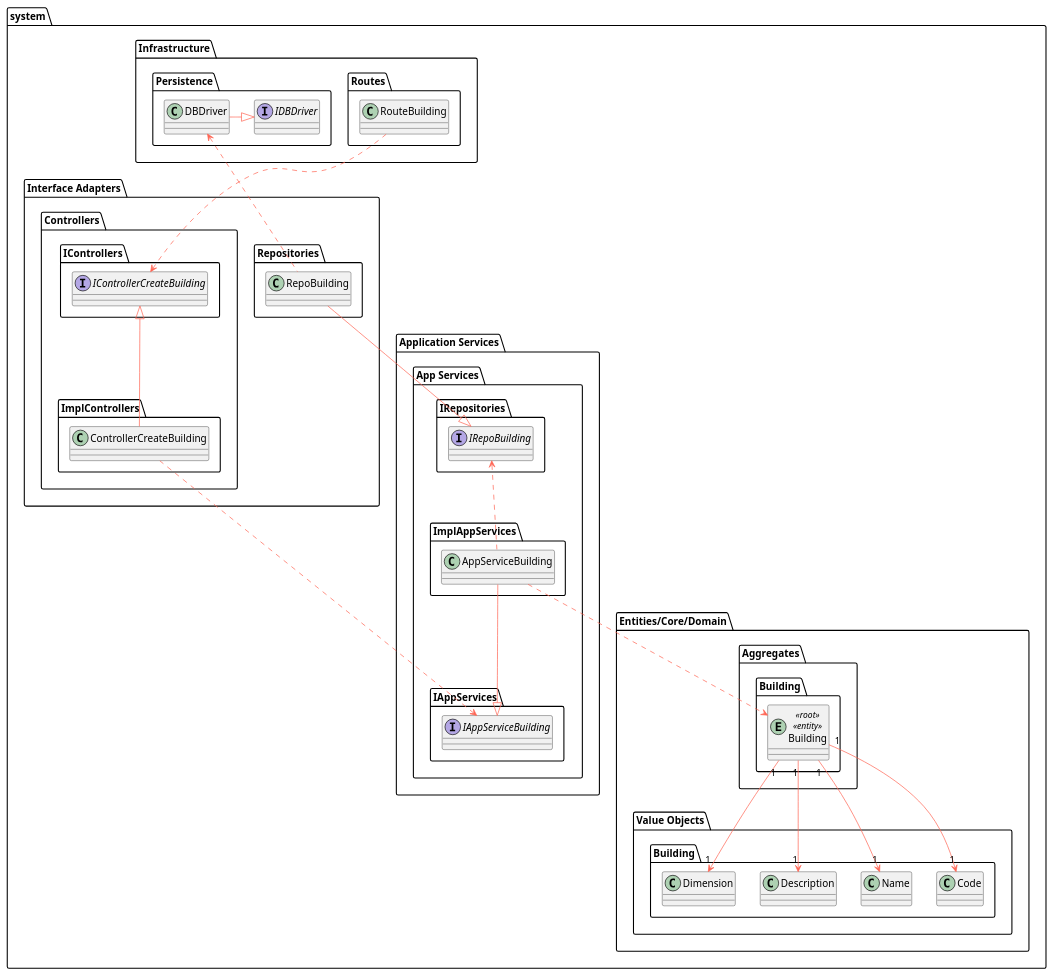
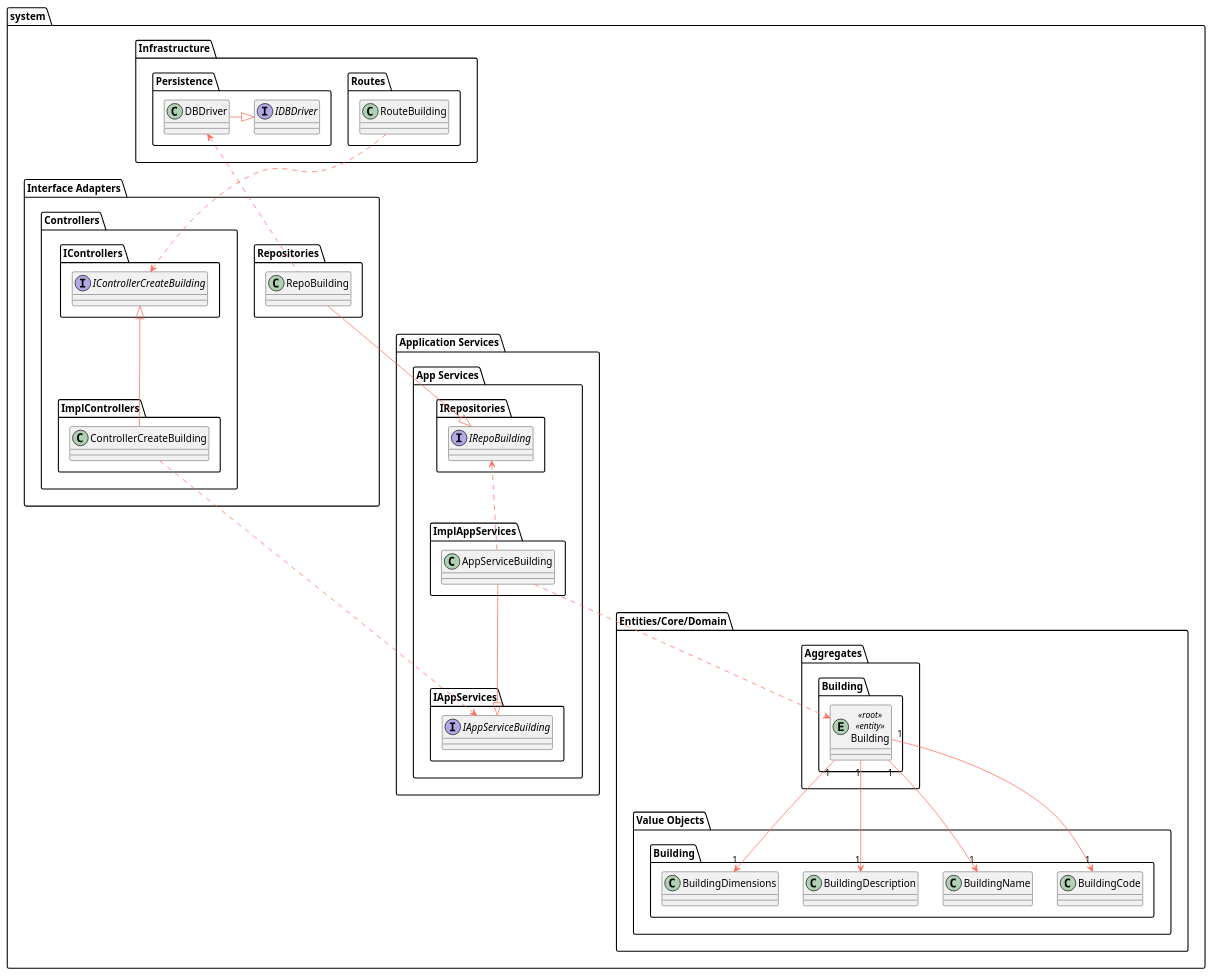
Before and after one commit to Departamento-de-Engenharia-Informatica/lapr5-23-24-g19: the diagram in docs/us150/level3/class-diagram.puml, drawn with PlantUML.

Commit message:
docs(us150): lvl3 updated class diagram, value objects name

```diff
--- a/docs/us150/level3/class-diagram.puml
+++ b/docs/us150/level3/class-diagram.puml
@@ -1,111 +1,111 @@
 @startuml
 
 skinparam component {
     FontSize 16
     BackgroundColor<<Apache>> LightCoral
     BorderColor<<Apache>> #FF6655
     FontName Courier
     BorderColor black
     BackgroundColor DeepSkyBlue
     ArrowFontName Impact
     ArrowColor #FF6655
 }
 
 package system {
     package "Infrastructure" {
         package "Routes" {
             class RouteBuilding
         }
 
         package "Persistence" {
             interface IDBDriver
             class DBDriver
         }
 
         DBDriver -right-|> IDBDriver
     }
 
     package "Interface Adapters" {
         package "Controllers" {
             package "IControllers" {
                 interface IControllerCreateBuilding
             }
 
             package "ImplControllers" {
                 class ControllerCreateBuilding
             }
             ControllerCreateBuilding -up-|> IControllerCreateBuilding
         }
 
         package "Repositories" {
             class RepoBuilding
 
         }
 
         RepoBuilding .up.> DBDriver
 
 
         RouteBuilding ..> IControllerCreateBuilding
     }
 
     package "Application Services" {
         package "App Services" {
             package "IAppServices" {
                 interface IAppServiceBuilding
             }
 
             package "ImplAppServices" {
                 class AppServiceBuilding
             }
 
             AppServiceBuilding --|> IAppServiceBuilding
 
             package "IRepositories" {
                 interface IRepoBuilding
 
             }
 
             RepoBuilding --|> IRepoBuilding
 
         }
 
         ControllerCreateBuilding ..> IAppServiceBuilding
 
         AppServiceBuilding .up.> IRepoBuilding
 
     }
 
     package "Entities/Core/Domain" {
         package "Aggregates" {
 
 
             package "Building" as a_building {
                 entity Building <<root>> <<entity>>
             }
         }
 
 
 
         package "Value Objects" {
             package "Building" as vo_building {
-                class Code
-                class Name
-                class Description
-                class Dimension
+                class BuildingCode
+                class BuildingName
+                class BuildingDescription
+                class BuildingDimensions
             }
         }
 
 
-        Building "1" --> "1" Code
-        Building "1" --> "1" Name
-        Building "1" --> "1" Description
-        Building "1" --> "1" Dimension
+        Building "1" --> "1" BuildingCode
+        Building "1" --> "1" BuildingName
+        Building "1" --> "1" BuildingDescription
+        Building "1" --> "1" BuildingDimensions
 
         AppServiceBuilding ..> Building
 
         'package "Services" {
         '}
     }
 }
 
 @enduml
```
